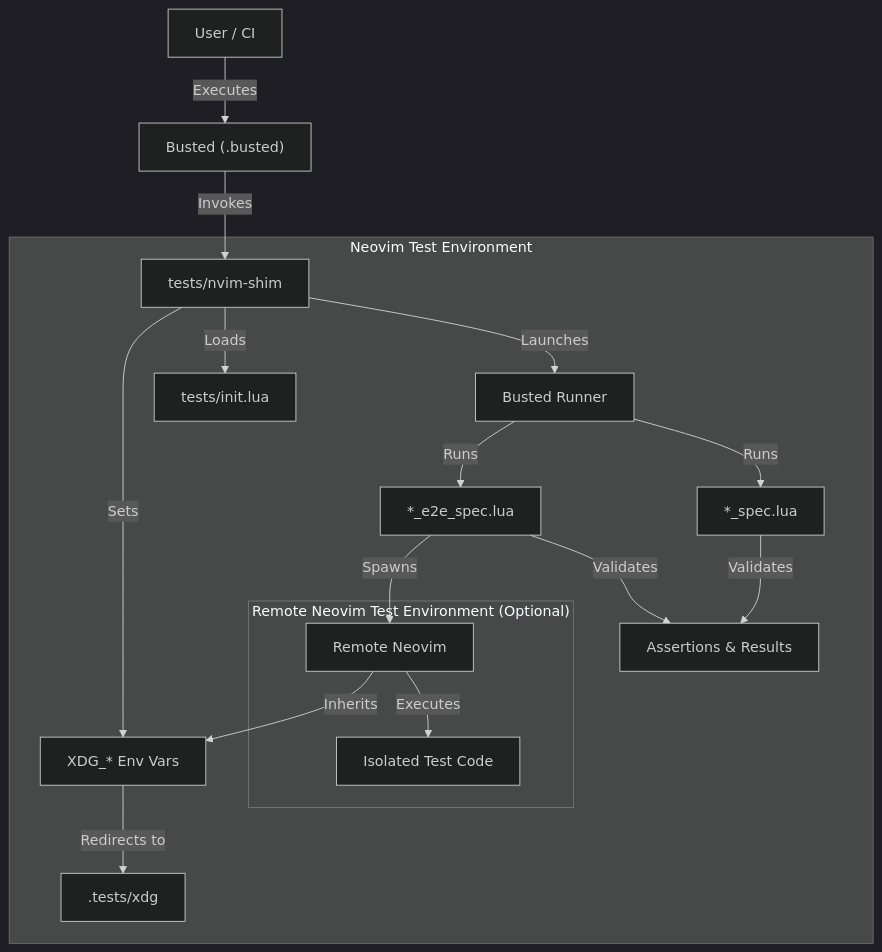
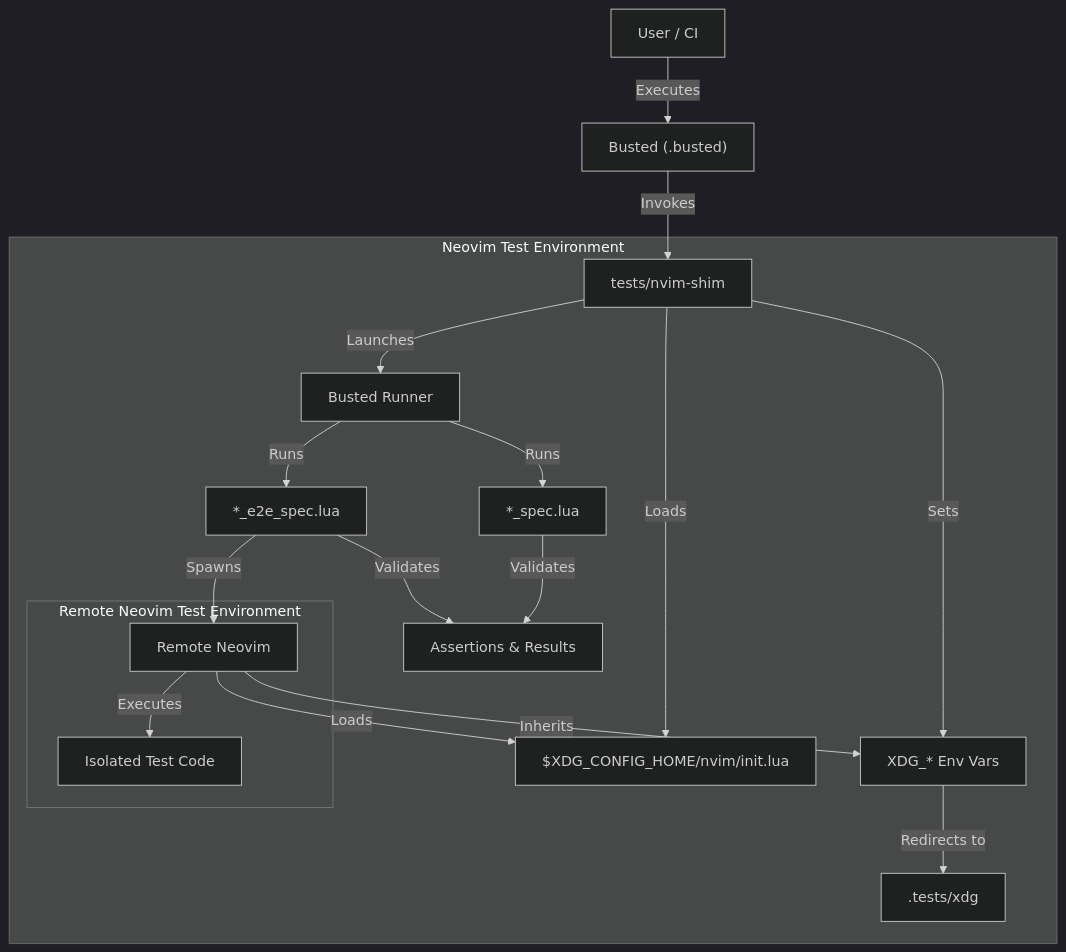
The diagram in DEV.md (gregorias/coerce.nvim), drawn with Mermaid (dark theme) before and after one commit. The commit also changed other lines of this file and 4 other files, not shown here.

Commit message:
chore: fix tests with Remote Neovim

````diff
--- a/DEV.md
+++ b/DEV.md
@@ -56,24 +47,26 @@
 ```mermaid
 graph TD
     User["User / CI"] -- "Executes" --> Busted["Busted (.busted)"]
     Busted -- "Invokes" --> NvimShim["tests/nvim-shim"]
 
     subgraph Isolation["Neovim Test Environment"]
         NvimShim -- "Sets" --> XDG["XDG_* Env Vars"]
-        NvimShim -- "Loads" --> InitLua["tests/init.lua"]
+        NvimShim -- "Loads" --> InitLua["$XDG_CONFIG_HOME/nvim/init.lua"]
         NvimShim -- "Launches" --> BustedProcess["Busted Runner"]
         BustedProcess -- "Runs" --> E2eSpecFiles["*_e2e_spec.lua"]
         E2eSpecFiles -- "Spawns" --> RemoteNvim["Remote Neovim"]
 
         BustedProcess -- "Runs" --> SpecFiles["*_spec.lua"]
         XDG -- "Redirects to" --> TestXDG[".tests/xdg"]
         RemoteNvim -- "Inherits" --> XDG
 
-        subgraph Remote["Remote Neovim Test Environment (Optional)"]
+        subgraph Remote["Remote Neovim Test Environment"]
             RemoteNvim -- "Executes" --> IsolatedCode["Isolated Test Code"]
         end
+
+        RemoteNvim -- "Loads" --> InitLua["$XDG_CONFIG_HOME/nvim/init.lua"]
 
         SpecFiles -- "Validates" --> Assertions["Assertions & Results"]
         E2eSpecFiles -- "Validates" --> Assertions["Assertions & Results"]
     end
 ```
````
